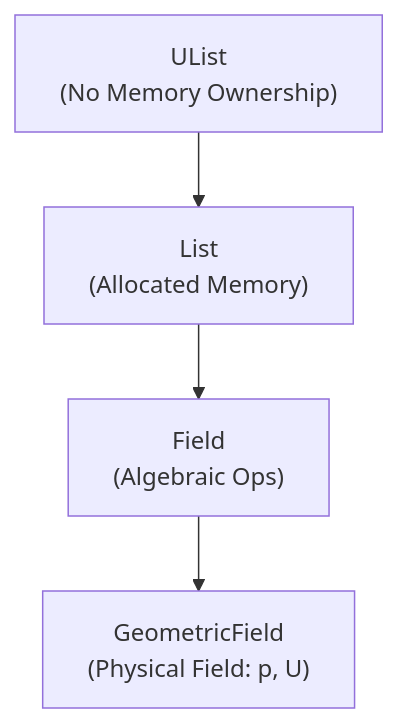
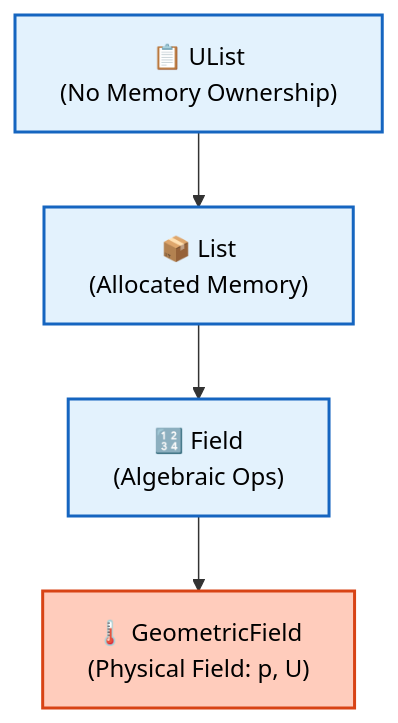
One commit to wramet/build-my-cfd changed the diagram in MODULE_05_OPENFOAM_PROGRAMMING/CONTENT/01_FOUNDATION_PRIMITIVES/05_Containers.md. Above: the diagram before and after it, drawn with Mermaid. The commit also changed 313 other files, not shown here.

Commit message:
Revise all diagram

````diff
--- a/MODULE_05_OPENFOAM_PROGRAMMING/CONTENT/01_FOUNDATION_PRIMITIVES/05_Containers.md
+++ b/MODULE_05_OPENFOAM_PROGRAMMING/CONTENT/01_FOUNDATION_PRIMITIVES/05_Containers.md
@@ -9,6 +9,10 @@
 ```mermaid
 graph TD
-    UList["UList<T><br/>(No Memory Ownership)"] --> List["List<T><br/>(Allocated Memory)"]
-    List --> Field["Field<T><br/>(Algebraic Ops)"]
-    Field --> GeometricField["GeometricField<T><br/>(Physical Field: p, U)"]
+%% Classes
+classDef explicit fill:#ffccbc,stroke:#d84315,stroke-width:2px,color:#000
+classDef implicit fill:#e3f2fd,stroke:#1565c0,stroke-width:2px,color:#000
+
+UList["📋 UList<T><br/>(No Memory Ownership)"]:::implicit --> List["📦 List<T><br/>(Allocated Memory)"]:::implicit
+List --> Field["🔢 Field<T><br/>(Algebraic Ops)"]:::implicit
+Field --> GeometricField["🌡️ GeometricField<T><br/>(Physical Field: p, U)"]:::explicit
 ```
````
